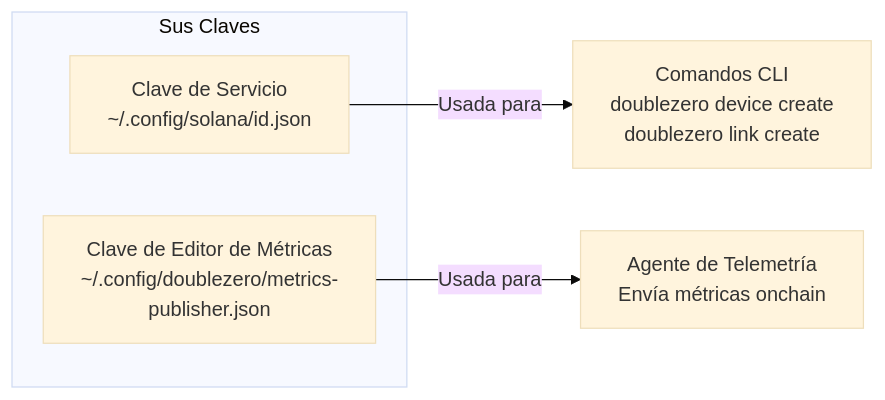
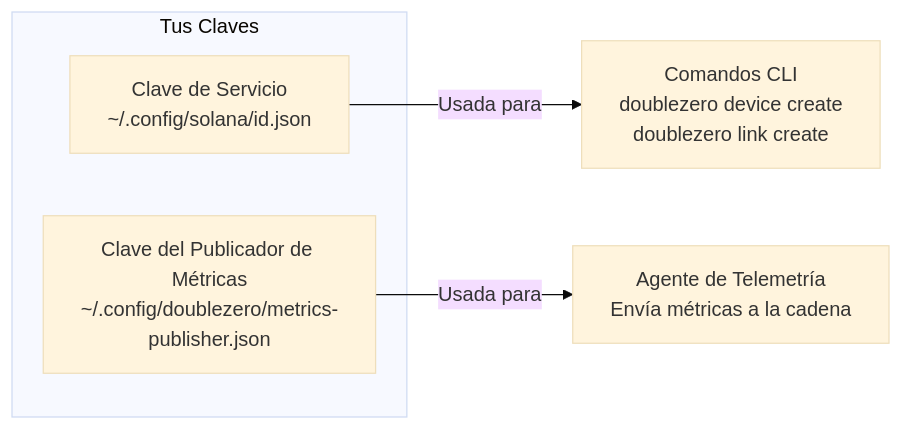
Before and after one commit to malbeclabs/docs: the fourth of 13 diagrams in docs/contribute-provisioning.es.md, drawn with Mermaid (base theme). The commit also changed other lines of this file and 160 other files, not shown here.

````diff
--- a/docs/contribute-provisioning.es.md
+++ b/docs/contribute-provisioning.es.md
@@ -166,10 +205,10 @@
 ```mermaid
 flowchart LR
-    subgraph "Sus Claves"
+    subgraph "Tus Claves"
         SK[Clave de Servicio<br/>~/.config/solana/id.json]
-        MK[Clave de Editor de Métricas<br/>~/.config/doublezero/metrics-publisher.json]
+        MK[Clave del Publicador de Métricas<br/>~/.config/doublezero/metrics-publisher.json]
     end
 
     SK -->|Usada para| CLI[Comandos CLI<br/>doublezero device create<br/>doublezero link create]
-    MK -->|Usada para| TEL[Agente de Telemetría<br/>Envía métricas onchain]
+    MK -->|Usada para| TEL[Agente de Telemetría<br/>Envía métricas a la cadena]
 ```
````
